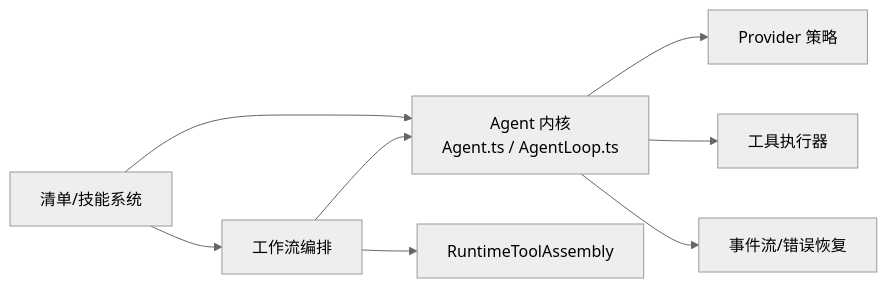
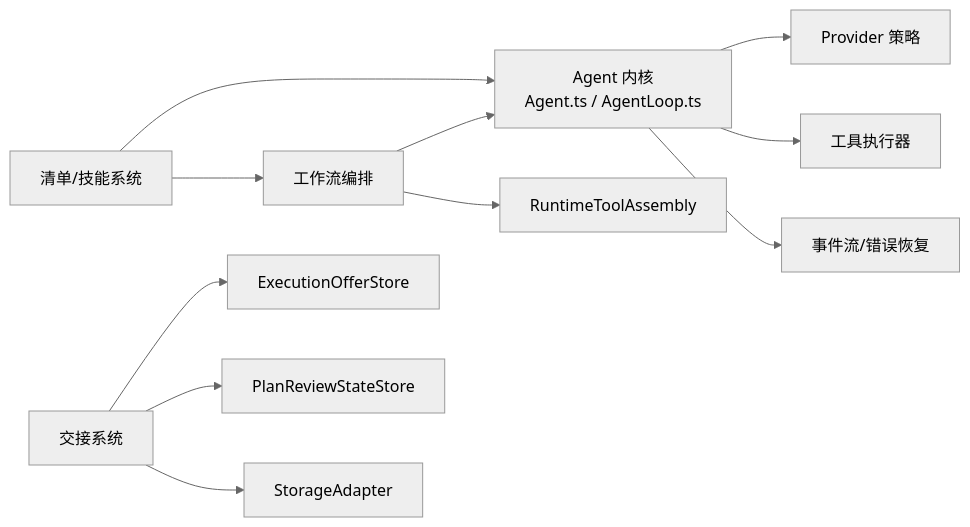
The seventh of 7 diagrams in .qoder/repowiki/zh/content/扩展开发/自定义 Agent 开发/自定义 Agent 开发.md (haolange/RDC-Agent), drawn with Mermaid (neutral theme) before and after one commit. The commit also changed other lines of this file and 90 other files, not shown here.

````diff
--- a/.qoder/repowiki/zh/content/扩展开发/自定义 Agent 开发/自定义 Agent 开发.md
+++ b/.qoder/repowiki/zh/content/扩展开发/自定义 Agent 开发/自定义 Agent 开发.md
@@ -259,10 +331,13 @@
 ```mermaid
 graph LR
 A["Agent 内核<br/>Agent.ts / AgentLoop.ts"] --> B["Provider 策略"]
 A --> C["工具执行器"]
 A --> D["事件流/错误恢复"]
 E["工作流编排"] --> A
 E --> F["RuntimeToolAssembly"]
 G["清单/技能系统"] --> A
 G --> E
+H["交接系统"] --> I["ExecutionOfferStore"]
+H --> J["PlanReviewStateStore"]
+H --> K["StorageAdapter"]
 ```
````
